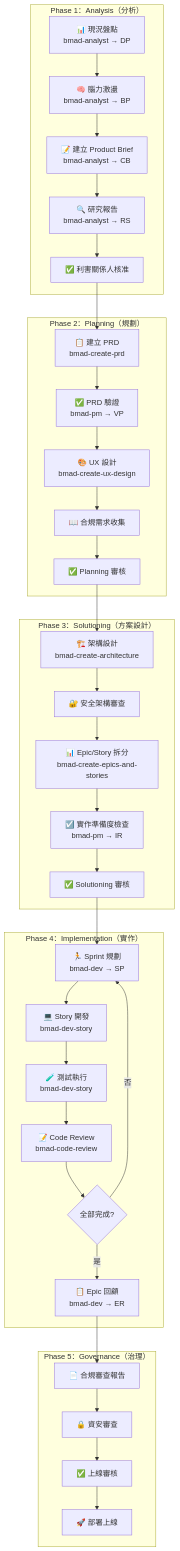
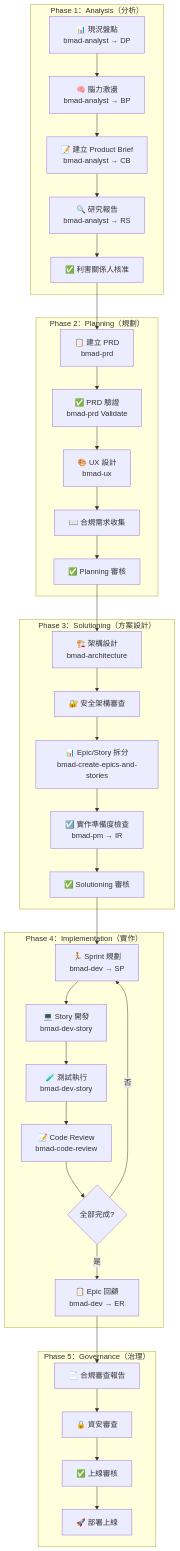
One commit to chihhung/Blog changed the tenth of 21 diagrams in content/posts/教學/AI開發/BMAD-METHOD使用教學.md. Above: the diagram before and after it, drawn with Mermaid. The commit also changed other lines of this file and 22 other files, not shown here.

````diff
--- a/content/posts/教學/AI開發/BMAD-METHOD使用教學.md
+++ b/content/posts/教學/AI開發/BMAD-METHOD使用教學.md
@@ -1475,42 +1809,42 @@
 ```mermaid
 flowchart TB
     subgraph "Phase 1：Analysis（分析）"
         A1[📊 現況盤點<br/>bmad-analyst → DP] --> A2[🧠 腦力激盪<br/>bmad-analyst → BP]
         A2 --> A3[📝 建立 Product Brief<br/>bmad-analyst → CB]
         A3 --> A4[🔍 研究報告<br/>bmad-analyst → RS]
         A4 --> A5[✅ 利害關係人核准]
     end
     
     subgraph "Phase 2：Planning（規劃）"
-        A5 --> B1[📋 建立 PRD<br/>bmad-create-prd]
-        B1 --> B2[✅ PRD 驗證<br/>bmad-pm → VP]
-        B2 --> B3[🎨 UX 設計<br/>bmad-create-ux-design]
+        A5 --> B1[📋 建立 PRD<br/>bmad-prd]
+        B1 --> B2[✅ PRD 驗證<br/>bmad-prd Validate]
+        B2 --> B3[🎨 UX 設計<br/>bmad-ux]
         B3 --> B4[📖 合規需求收集]
         B4 --> B5[✅ Planning 審核]
     end
     
     subgraph "Phase 3：Solutioning（方案設計）"
-        B5 --> C1[🏗️ 架構設計<br/>bmad-create-architecture]
+        B5 --> C1[🏗️ 架構設計<br/>bmad-architecture]
         C1 --> C2[🔐 安全架構審查]
         C2 --> C3[📊 Epic/Story 拆分<br/>bmad-create-epics-and-stories]
         C3 --> C4[☑️ 實作準備度檢查<br/>bmad-pm → IR]
         C4 --> C5[✅ Solutioning 審核]
     end
     
     subgraph "Phase 4：Implementation（實作）"
         C5 --> D1[🏃 Sprint 規劃<br/>bmad-dev → SP]
         D1 --> D2[💻 Story 開發<br/>bmad-dev-story]
         D2 --> D3[🧪 測試執行<br/>bmad-dev-story]
         D3 --> D4[📝 Code Review<br/>bmad-code-review]
         D4 --> D5{全部完成?}
         D5 -->|否| D1
         D5 -->|是| D6[📋 Epic 回顧<br/>bmad-dev → ER]
     end
     
     subgraph "Phase 5：Governance（治理）"
         D6 --> E1[📄 合規審查報告]
         E1 --> E2[🔒 資安審查]
         E2 --> E3[✅ 上線審核]
         E3 --> E4[🚀 部署上線]
     end
 ```
````
